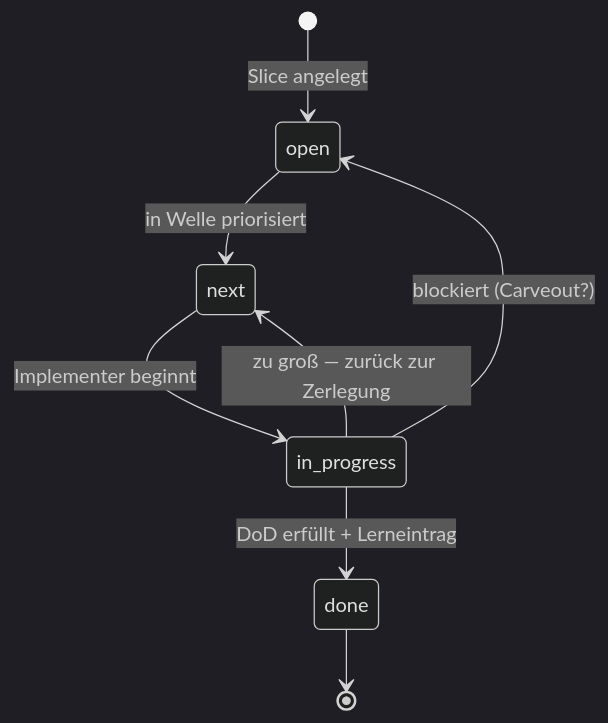
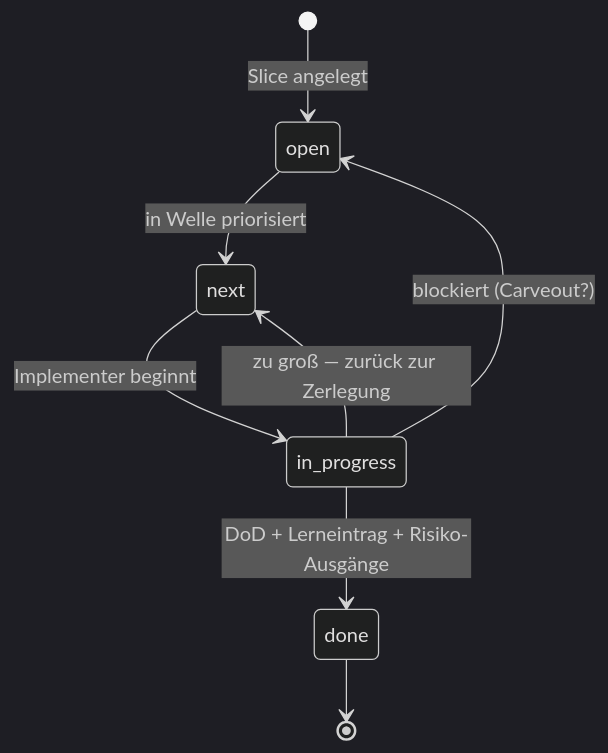
The diagram in kurs/de/02-planung/modul-05-planning-harness.md (pt9912/ai-harness-course), drawn with Mermaid (dark theme) before and after one commit. The commit also changed other lines of this file and 3 other files, not shown here.

First line of the commit message:
fix(modul-05): Zustandsmaschine nachziehen — done-Übergang trägt Risiko-Ausgänge

````diff
--- a/kurs/de/02-planung/modul-05-planning-harness.md
+++ b/kurs/de/02-planung/modul-05-planning-harness.md
@@ -41,10 +41,10 @@
 ```mermaid
 stateDiagram-v2
     [*] --> open: Slice angelegt
     open --> next: in Welle priorisiert
     next --> in_progress: Implementer beginnt
-    in_progress --> done: DoD erfüllt + Lerneintrag
+    in_progress --> done: DoD + Lerneintrag + Risiko-Ausgänge
     in_progress --> next: zu groß — zurück zur Zerlegung
     in_progress --> open: blockiert (Carveout?)
     done --> [*]
 ```
````
